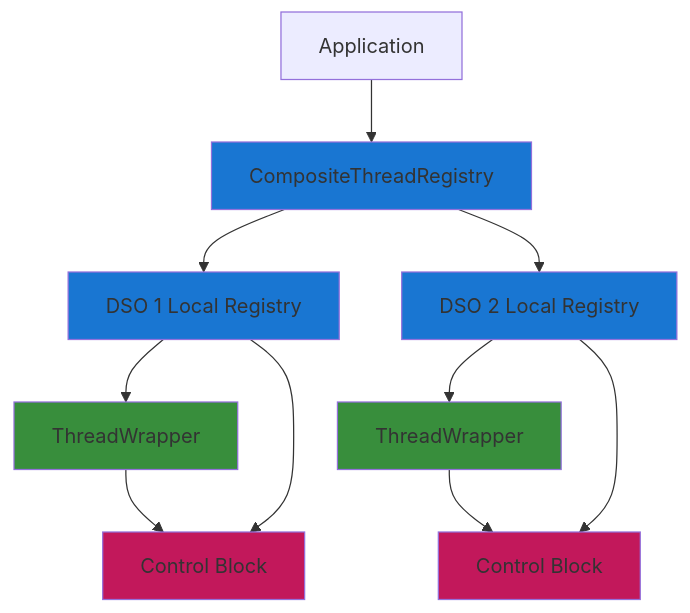
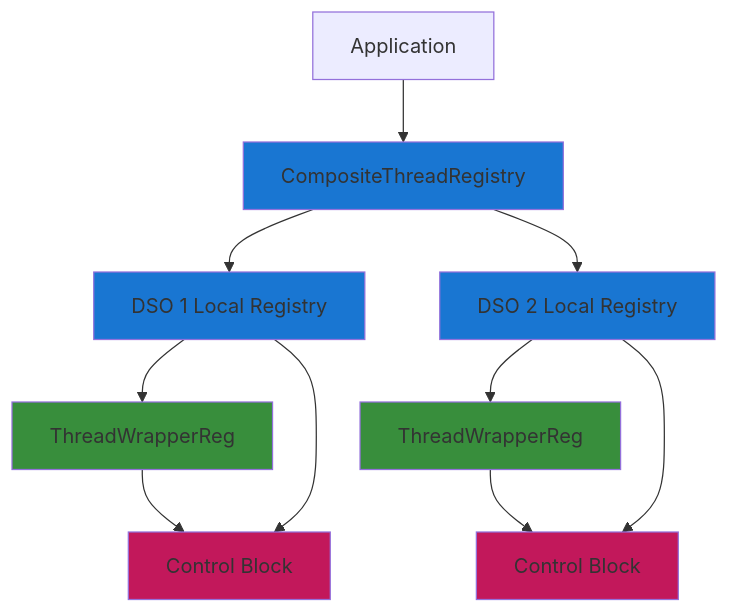
One commit to Katze719/ThreadSchedule changed the fourth of 5 diagrams in docs/REGISTRY.md. Above: the diagram before and after it, drawn with Mermaid. The commit also changed other lines of this file, not shown here.

Commit message:
Remove outdated notes from REGISTRY.md to streamline documentation and focus on essential information regarding thread control operations.

````diff
--- a/docs/REGISTRY.md
+++ b/docs/REGISTRY.md
@@ -162,29 +156,29 @@
 ```mermaid
 graph TD
     App2[Application]
     CR[CompositeThreadRegistry]
     LR1["DSO 1 Local Registry"]
     LR2["DSO 2 Local Registry"]
-    T4[ThreadWrapper]
-    T5[ThreadWrapper]
+    T4[ThreadWrapperReg]
+    T5[ThreadWrapperReg]
     CB4["Control Block"]
     CB5["Control Block"]
 
     App2 --> CR
     CR --> LR1
     CR --> LR2
     LR1 --> T4
     LR2 --> T5
     T4 --> CB4
     T5 --> CB5
     LR1 --> CB4
     LR2 --> CB5
 
     classDef registry fill:#1976d2
     classDef controlBlock fill:#c2185b
     classDef wrapper fill:#388e3c
 
     class CR,LR1,LR2 registry
     class CB4,CB5 controlBlock
     class T4,T5 wrapper
 ```
````
